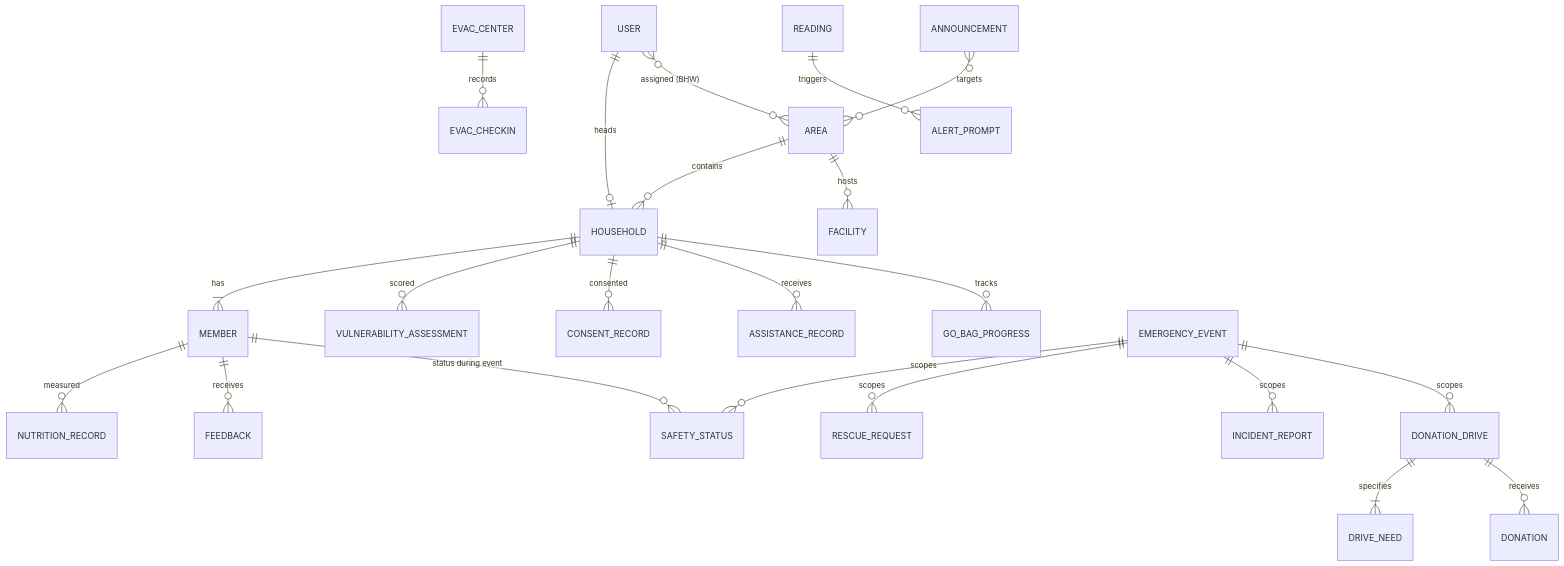
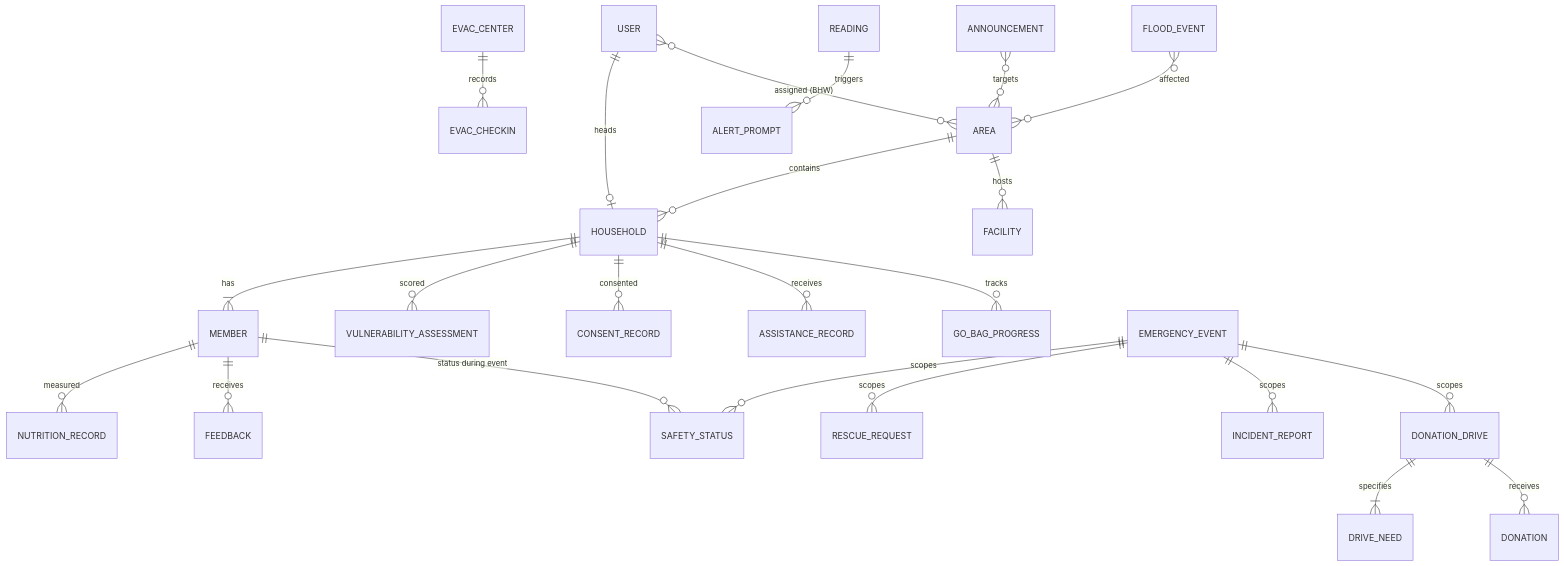
The diagram in docs/schema.md (MaChewwwww/Project_Pitching), drawn with Mermaid before and after one commit. The commit also changed other lines of this file and 3 other files, not shown here.

First line of the commit message:
fix(schema): add forecast and flood_event_area, closing S-OI-8 and S-OI-9

````diff
--- a/docs/schema.md
+++ b/docs/schema.md
@@ -50,24 +50,25 @@
 ```mermaid
 erDiagram
     USER ||--o| HOUSEHOLD : heads
     USER }o--o{ AREA : "assigned (BHW)"
     AREA ||--o{ HOUSEHOLD : contains
     AREA ||--o{ FACILITY : hosts
     HOUSEHOLD ||--|{ MEMBER : has
     HOUSEHOLD ||--o{ VULNERABILITY_ASSESSMENT : scored
     HOUSEHOLD ||--o{ CONSENT_RECORD : consented
     HOUSEHOLD ||--o{ ASSISTANCE_RECORD : receives
     HOUSEHOLD ||--o{ GO_BAG_PROGRESS : tracks
     MEMBER ||--o{ NUTRITION_RECORD : measured
     MEMBER ||--o{ FEEDBACK : receives
     MEMBER ||--o{ SAFETY_STATUS : "status during event"
     EMERGENCY_EVENT ||--o{ SAFETY_STATUS : scopes
     EMERGENCY_EVENT ||--o{ RESCUE_REQUEST : scopes
     EMERGENCY_EVENT ||--o{ INCIDENT_REPORT : scopes
     EMERGENCY_EVENT ||--o{ DONATION_DRIVE : scopes
     EVAC_CENTER ||--o{ EVAC_CHECKIN : records
     DONATION_DRIVE ||--|{ DRIVE_NEED : specifies
     DONATION_DRIVE ||--o{ DONATION : receives
     READING ||--o{ ALERT_PROMPT : triggers
     ANNOUNCEMENT }o--o{ AREA : targets
+    FLOOD_EVENT }o--o{ AREA : affected
 ```
````
